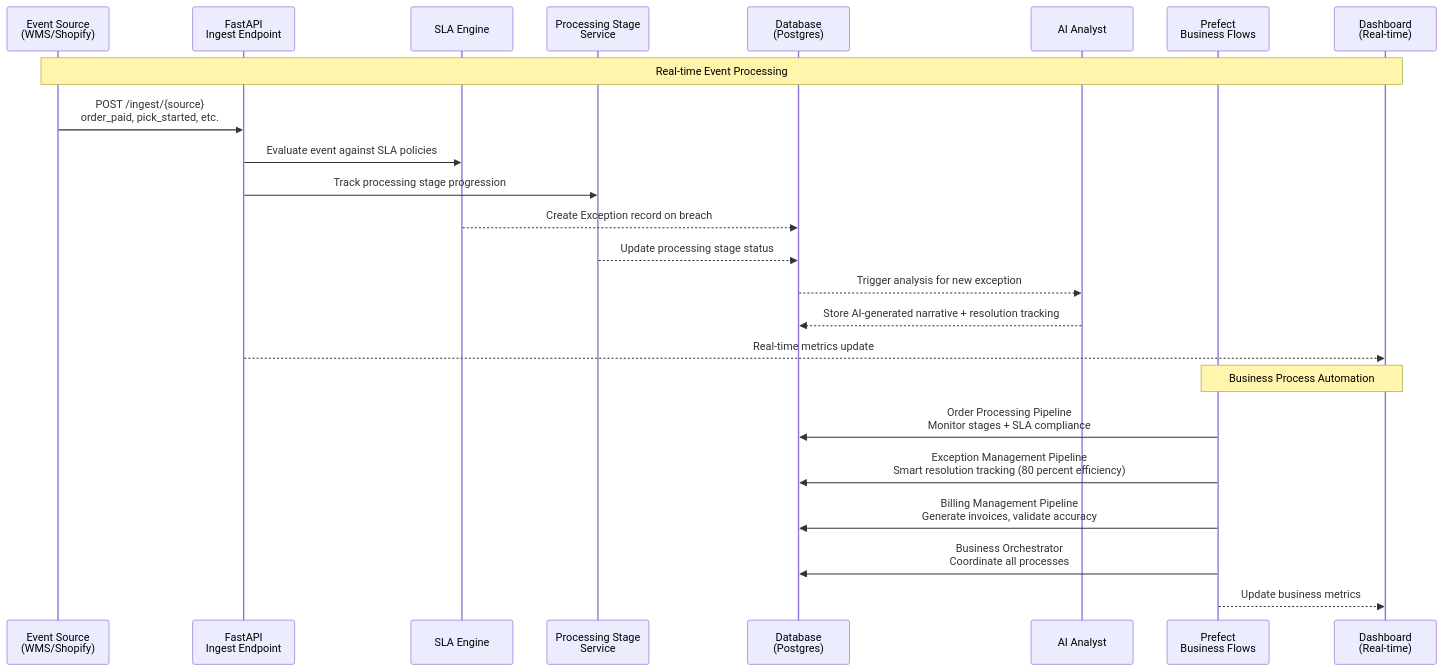
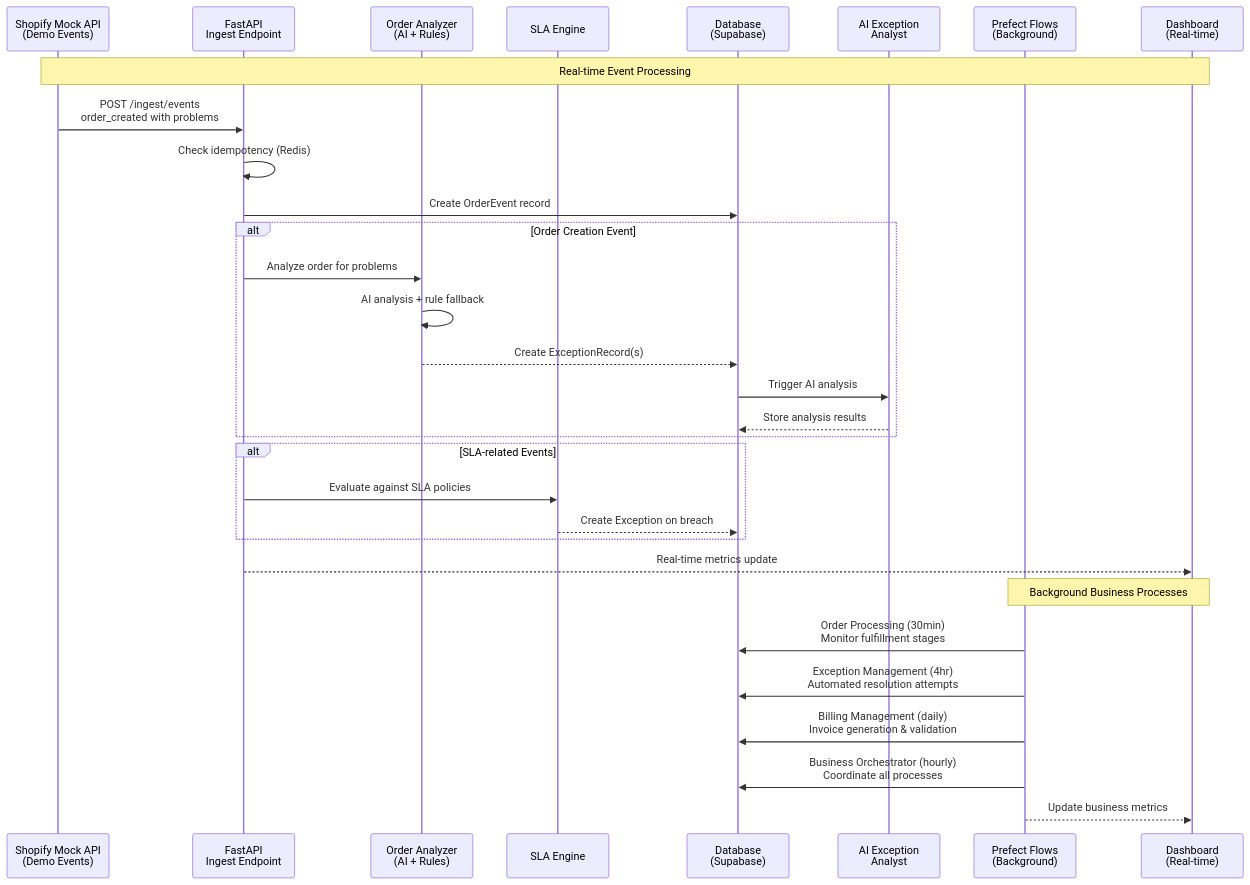
One commit to chernistry/e2a changed the third of 4 diagrams in README.md. Above: the diagram before and after it, drawn with Mermaid. The commit also changed other lines of this file, not shown here.

Commit message:
Update README to reflect current implementation status and enhance documentation

````diff
--- a/README.md
+++ b/README.md
@@ -277,28 +290,38 @@
 ```mermaid
 sequenceDiagram
-    participant Source as Event Source<br/>(WMS/Shopify)
+    participant Source as Shopify Mock API<br/>(Demo Events)
     participant API as FastAPI<br/>Ingest Endpoint
+    participant Analyzer as Order Analyzer<br/>(AI + Rules)
     participant SLA as SLA Engine
-    participant STAGE as Processing Stage<br/>Service
-    participant DB as Database<br/>(Postgres)
-    participant AI as AI Analyst
-    participant Prefect as Prefect<br/>Business Flows
+    participant DB as Database<br/>(Supabase)
+    participant AI as AI Exception<br/>Analyst
+    participant Prefect as Prefect Flows<br/>(Background)
     participant Dashboard as Dashboard<br/>(Real-time)
 
     Note over Source,Dashboard: Real-time Event Processing
-    Source->>API: POST /ingest/{source}<br/>order_paid, pick_started, etc.
-    API->>SLA: Evaluate event against SLA policies
-    API->>STAGE: Track processing stage progression
-    SLA-->>DB: Create Exception record on breach
-    STAGE-->>DB: Update processing stage status
-    DB-->>AI: Trigger analysis for new exception
-    AI-->>DB: Store AI-generated narrative + resolution tracking
+    Source->>API: POST /ingest/events<br/>order_created with problems
+    API->>API: Check idempotency (Redis)
+    API->>DB: Create OrderEvent record
+    
+    alt Order Creation Event
+        API->>Analyzer: Analyze order for problems
+        Analyzer->>Analyzer: AI analysis + rule fallback
+        Analyzer-->>DB: Create ExceptionRecord(s)
+        DB->>AI: Trigger AI analysis
+        AI-->>DB: Store analysis results
+    end
+    
+    alt SLA-related Events
+        API->>SLA: Evaluate against SLA policies
+        SLA-->>DB: Create Exception on breach
+    end
+    
     API-->>Dashboard: Real-time metrics update
     
-    Note over Prefect,Dashboard: Business Process Automation
-    Prefect->>DB: Order Processing Pipeline<br/>Monitor stages + SLA compliance
-    Prefect->>DB: Exception Management Pipeline<br/>Smart resolution tracking (80 percent efficiency)
-    Prefect->>DB: Billing Management Pipeline<br/>Generate invoices, validate accuracy
-    Prefect->>DB: Business Orchestrator<br/>Coordinate all processes
+    Note over Prefect,Dashboard: Background Business Processes
+    Prefect->>DB: Order Processing (30min)<br/>Monitor fulfillment stages
+    Prefect->>DB: Exception Management (4hr)<br/>Automated resolution attempts
+    Prefect->>DB: Billing Management (daily)<br/>Invoice generation & validation
+    Prefect->>DB: Business Orchestrator (hourly)<br/>Coordinate all processes
     Prefect-->>Dashboard: Update business metrics
 ```
````
